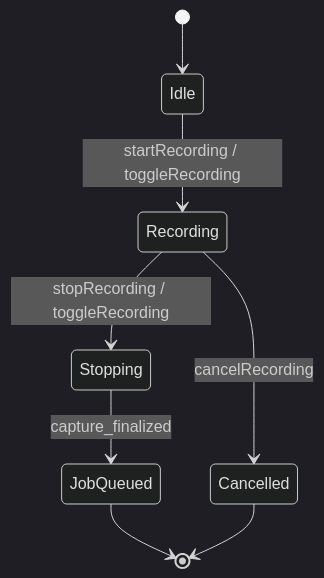
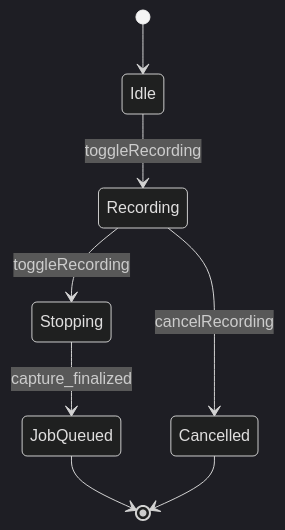
Before and after one commit to massun-onibakuchi/speech-to-text-app: the third of 8 diagrams in specs/spec.md, drawn with Mermaid (dark theme). The commit also changed other lines of this file, not shown here.

````diff
--- a/specs/spec.md
+++ b/specs/spec.md
@@ -518,10 +513,10 @@
 ```mermaid
 stateDiagram-v2
   [*] --> Idle
-  Idle --> Recording: startRecording / toggleRecording
-  Recording --> Stopping: stopRecording / toggleRecording
+  Idle --> Recording: toggleRecording
+  Recording --> Stopping: toggleRecording
   Recording --> Cancelled: cancelRecording
   Stopping --> JobQueued: capture_finalized
   JobQueued --> [*]
   Cancelled --> [*]
 ```
````
